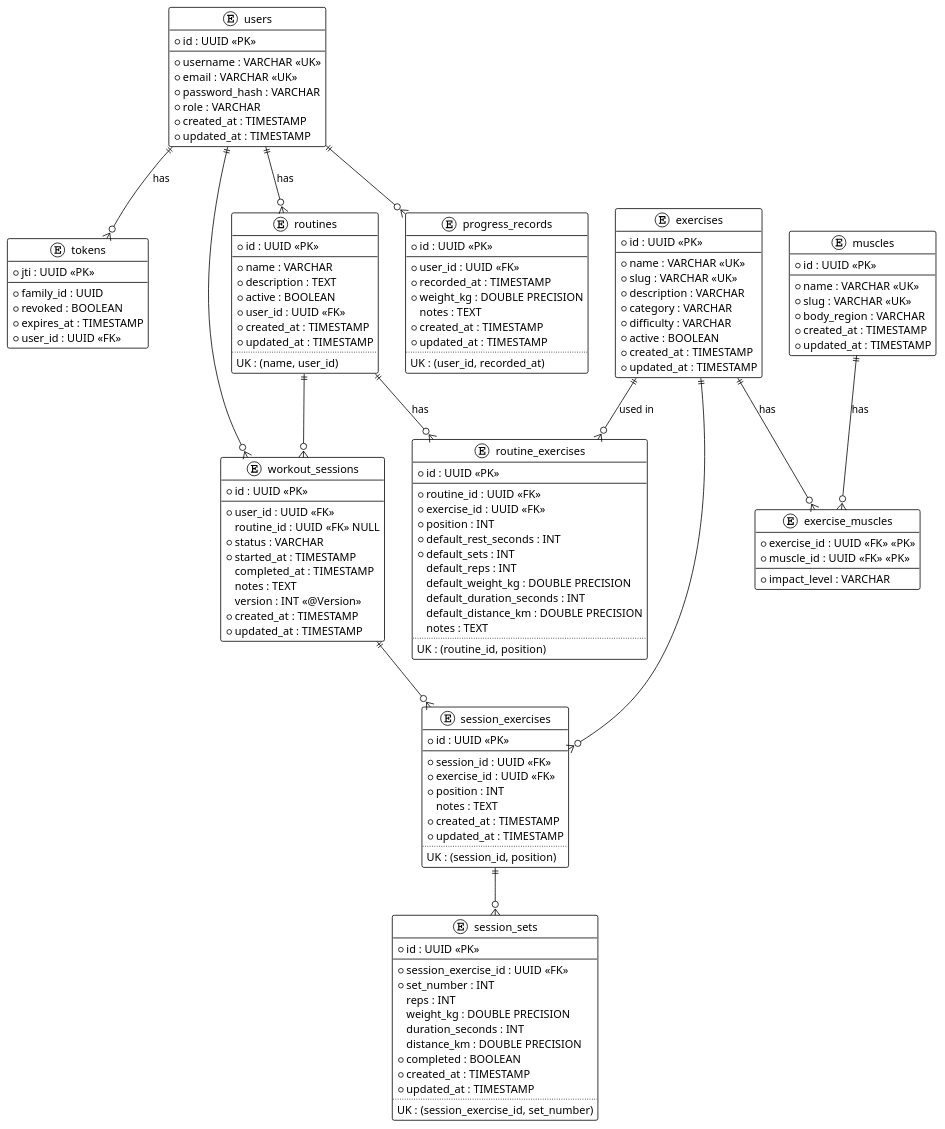
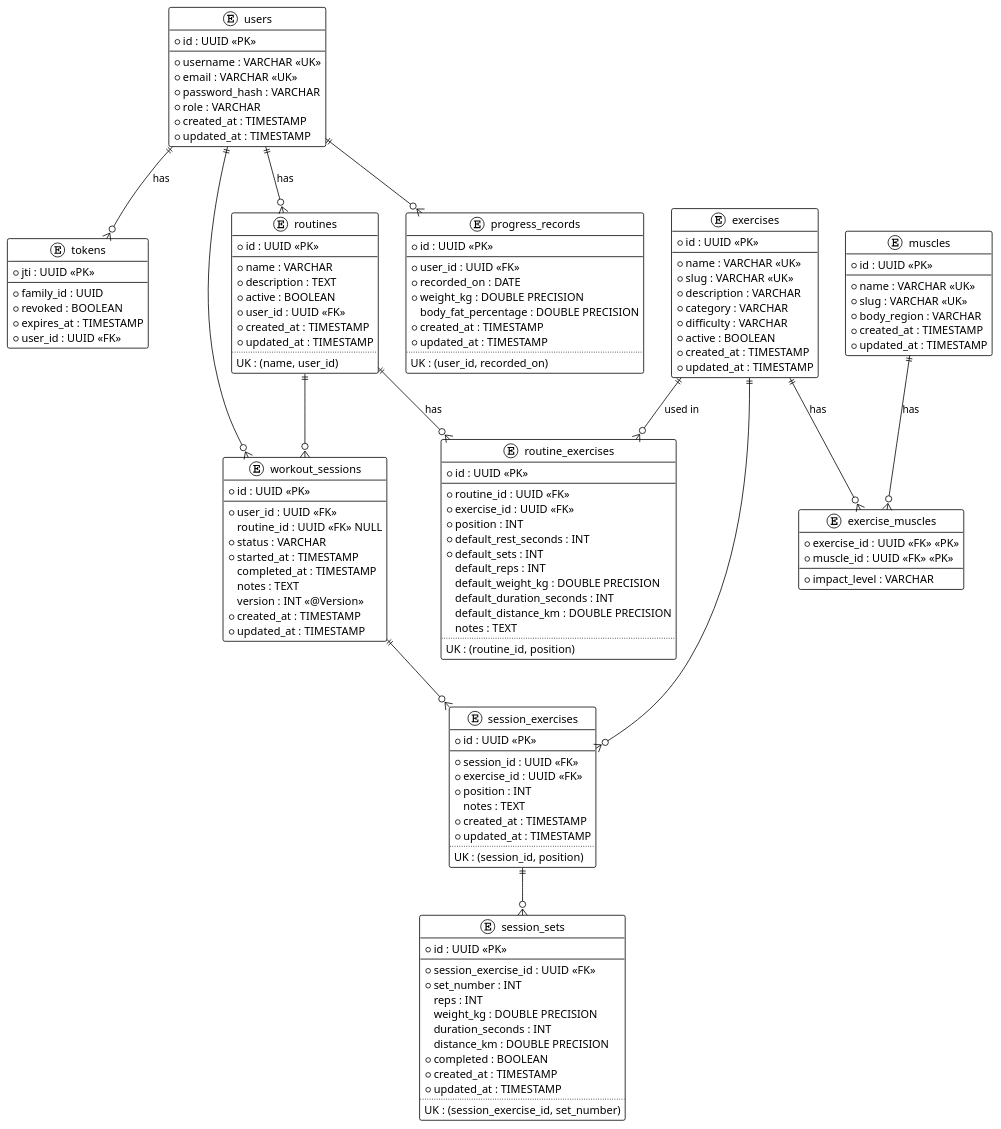
The diagram in docs/er.puml (genesshoan/fitness-tracker-api), drawn with PlantUML before and after one commit. The commit also changed 18 other files, not shown here.

```diff
--- a/docs/er.puml
+++ b/docs/er.puml
@@ -1,153 +1,153 @@
 @startuml
 !theme plain
 
 entity "users" {
     * id : UUID <<PK>>
     --
     * username : VARCHAR <<UK>>
     * email : VARCHAR <<UK>>
     * password_hash : VARCHAR
     * role : VARCHAR
     * created_at : TIMESTAMP
     * updated_at : TIMESTAMP
 }
 
 entity "tokens" {
     * jti : UUID <<PK>>
     --
     * family_id : UUID
     * revoked : BOOLEAN
     * expires_at : TIMESTAMP
     * user_id : UUID <<FK>>
 }
 
 entity "muscles" {
     * id : UUID <<PK>>
     --
     * name : VARCHAR <<UK>>
     * slug : VARCHAR <<UK>>
     * body_region : VARCHAR
     * created_at : TIMESTAMP
     * updated_at : TIMESTAMP
 }
 
 entity "exercises" {
     * id : UUID <<PK>>
     --
     * name : VARCHAR <<UK>>
     * slug : VARCHAR <<UK>>
     * description : VARCHAR
     * category : VARCHAR
     * difficulty : VARCHAR
     * active : BOOLEAN
     * created_at : TIMESTAMP
     * updated_at : TIMESTAMP
 }
 
 entity "exercise_muscles" {
     * exercise_id : UUID <<FK>> <<PK>>
     * muscle_id : UUID <<FK>> <<PK>>
     --
     * impact_level : VARCHAR
 }
 
 entity "routines" {
     * id : UUID <<PK>>
     --
     * name : VARCHAR
     * description : TEXT
     * active : BOOLEAN
     * user_id : UUID <<FK>>
     * created_at : TIMESTAMP
     * updated_at : TIMESTAMP
     ..
     UK : (name, user_id)
 }
 
 entity "routine_exercises" {
     * id : UUID <<PK>>
     --
     * routine_id : UUID <<FK>>
     * exercise_id : UUID <<FK>>
     * position : INT
     * default_rest_seconds : INT
     * default_sets : INT
     default_reps : INT
     default_weight_kg : DOUBLE PRECISION
     default_duration_seconds : INT
     default_distance_km : DOUBLE PRECISION
     notes : TEXT
     ..
     UK : (routine_id, position)
 }
 
 entity "workout_sessions" {
     * id : UUID <<PK>>
     --
     * user_id : UUID <<FK>>
     routine_id : UUID <<FK>> NULL
     * status : VARCHAR
     * started_at : TIMESTAMP
     completed_at : TIMESTAMP
     notes : TEXT
     version : INT <<@Version>>
     * created_at : TIMESTAMP
     * updated_at : TIMESTAMP
 }
 
 entity "session_exercises" {
     * id : UUID <<PK>>
     --
     * session_id : UUID <<FK>>
     * exercise_id : UUID <<FK>>
     * position : INT
     notes : TEXT
     * created_at : TIMESTAMP
     * updated_at : TIMESTAMP
     ..
     UK : (session_id, position)
 }
 
 entity "session_sets" {
     * id : UUID <<PK>>
     --
     * session_exercise_id : UUID <<FK>>
     * set_number : INT
     reps : INT
     weight_kg : DOUBLE PRECISION
     duration_seconds : INT
     distance_km : DOUBLE PRECISION
     * completed : BOOLEAN
     * created_at : TIMESTAMP
     * updated_at : TIMESTAMP
     ..
     UK : (session_exercise_id, set_number)
 }
 
 entity "progress_records" {
     * id : UUID <<PK>>
     --
     * user_id : UUID <<FK>>
-    * recorded_at : TIMESTAMP
+    * recorded_on : DATE
     * weight_kg : DOUBLE PRECISION
-    notes : TEXT
+    body_fat_percentage : DOUBLE PRECISION
     * created_at : TIMESTAMP
     * updated_at : TIMESTAMP
     ..
-    UK : (user_id, recorded_at)
+    UK : (user_id, recorded_on)
 }
 
 "exercises" ||--o{ "exercise_muscles" : "has"
 "muscles" ||--o{ "exercise_muscles" : "has"
 "users" ||--o{ "tokens" : "has"
 "users" ||--o{ "routines" : "has"
 "routines" ||--o{ "routine_exercises" : "has"
 "exercises" ||--o{ "routine_exercises" : "used in"
 "users" ||--o{ "workout_sessions"
 "routines" ||--o{ "workout_sessions"
 "workout_sessions" ||--o{ "session_exercises"
 "exercises" ||--o{ "session_exercises"
 "session_exercises" ||--o{ "session_sets"
 "users" ||--o{ "progress_records"
 
 @enduml
```
